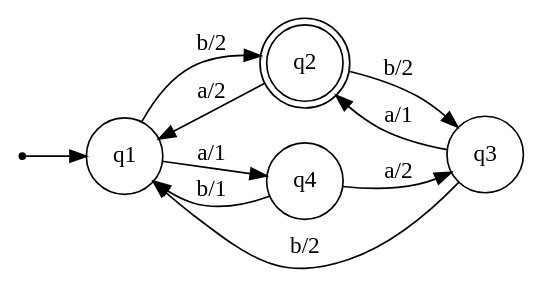
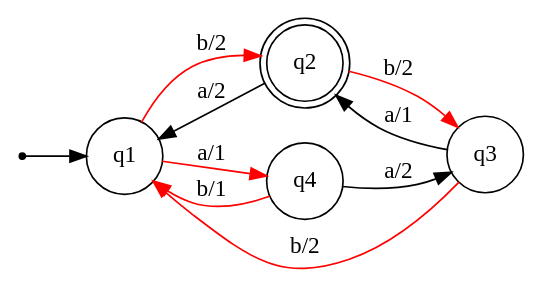
Before and after one commit to zenAndroid/oracle-extract: the diagram in input.dot, drawn with Graphviz. The commit also changed 2 other files, not shown here.

```diff
--- a/input.dot
+++ b/input.dot
@@ -1,15 +1,15 @@
 digraph Automaton {
     node [shape=point] INIT;
     q2 [shape="doublecircle"];
     node [shape=circle];
     rankdir = LR;
     INIT -> q1;
-    q1 -> q2 [label="b/2"];
-    q1 -> q4 [label="a/1"];
+    q1 -> q2 [label="b/2", color=red];
+    q1 -> q4 [label="a/1", color=red];
     q2 -> q1 [label="a/2"];
-    q2 -> q3 [label="b/2"];
+    q2 -> q3 [label="b/2", color=red];
     q3 -> q2 [label="a/1"];
-    q3 -> q1 [label="b/2"];
-    q4 -> q1 [label="b/1"];
+    q3 -> q1 [label="b/2", color=red];
+    q4 -> q1 [label="b/1", color=red];
     q4 -> q3 [label="a/2"];
 }
```
